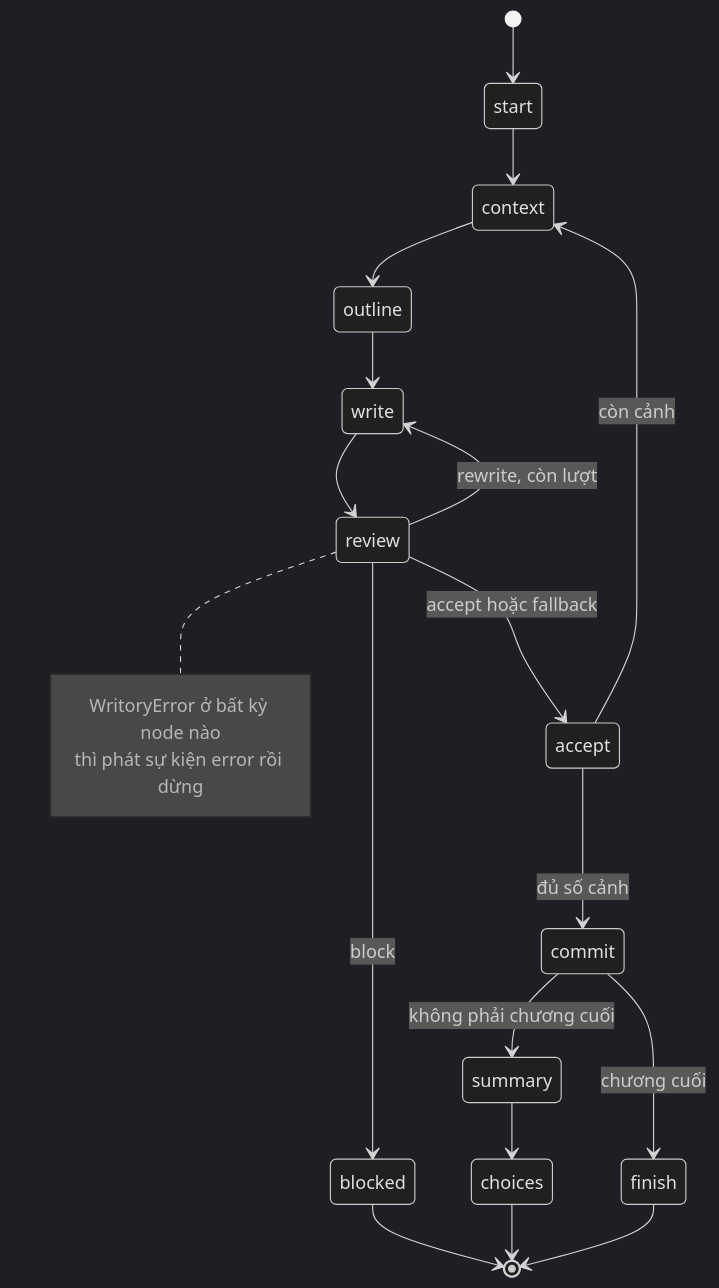
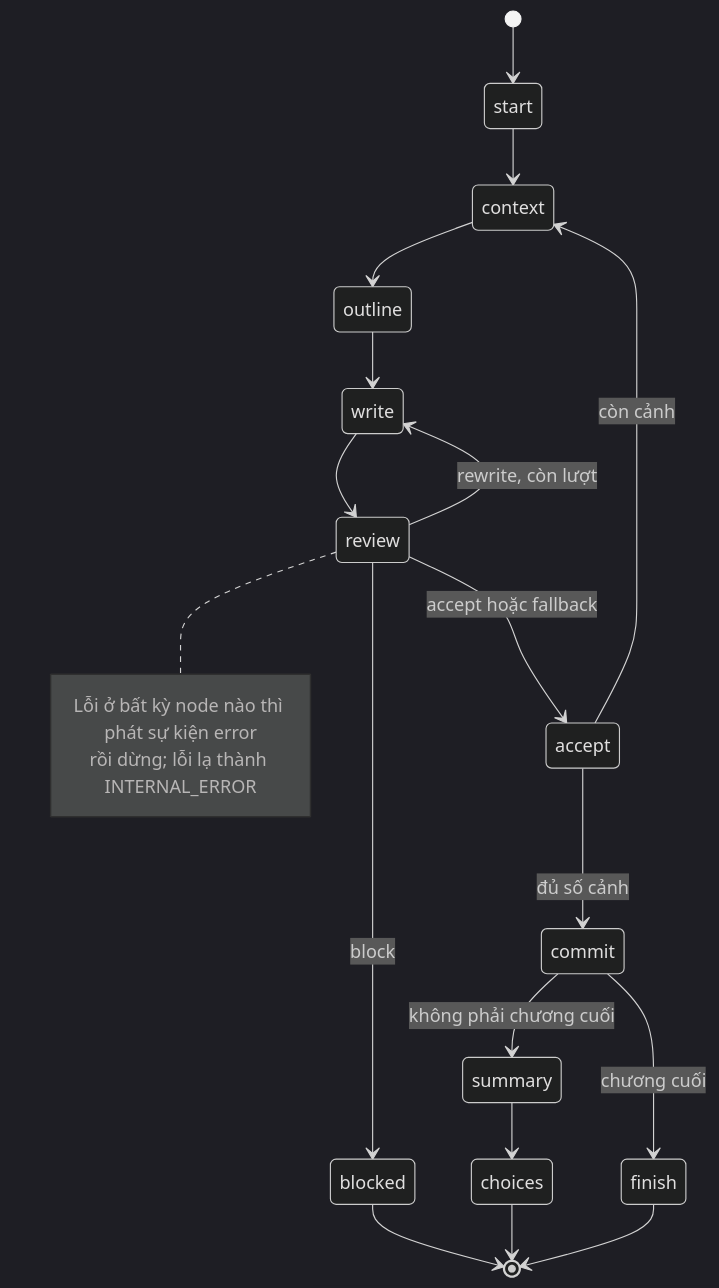
One commit to orms147/writory changed the fifth of 11 diagrams in docs/architecture.md. Above: the diagram before and after it, drawn with Mermaid (dark theme). The commit also changed other lines of this file, not shown here.

First line of the commit message:
docs(architecture): sửa chỗ lệch code tìm được khi kiểm độc lập (D-104)

````diff
--- a/docs/architecture.md
+++ b/docs/architecture.md
@@ -145,23 +146,23 @@
 ```mermaid
 stateDiagram-v2
   [*] --> start
   start --> context
   context --> outline
   outline --> write
   write --> review
   review --> accept: accept hoặc fallback
   review --> write: rewrite, còn lượt
   review --> blocked: block
   accept --> context: còn cảnh
   accept --> commit: đủ số cảnh
   blocked --> [*]
   commit --> summary: không phải chương cuối
   commit --> finish: chương cuối
   summary --> choices
   choices --> [*]
   finish --> [*]
   note right of review
-    WritoryError ở bất kỳ node nào
-    thì phát sự kiện error rồi dừng
+    Lỗi ở bất kỳ node nào thì phát sự kiện error
+    rồi dừng; lỗi lạ thành INTERNAL_ERROR
   end note
 ```
````
